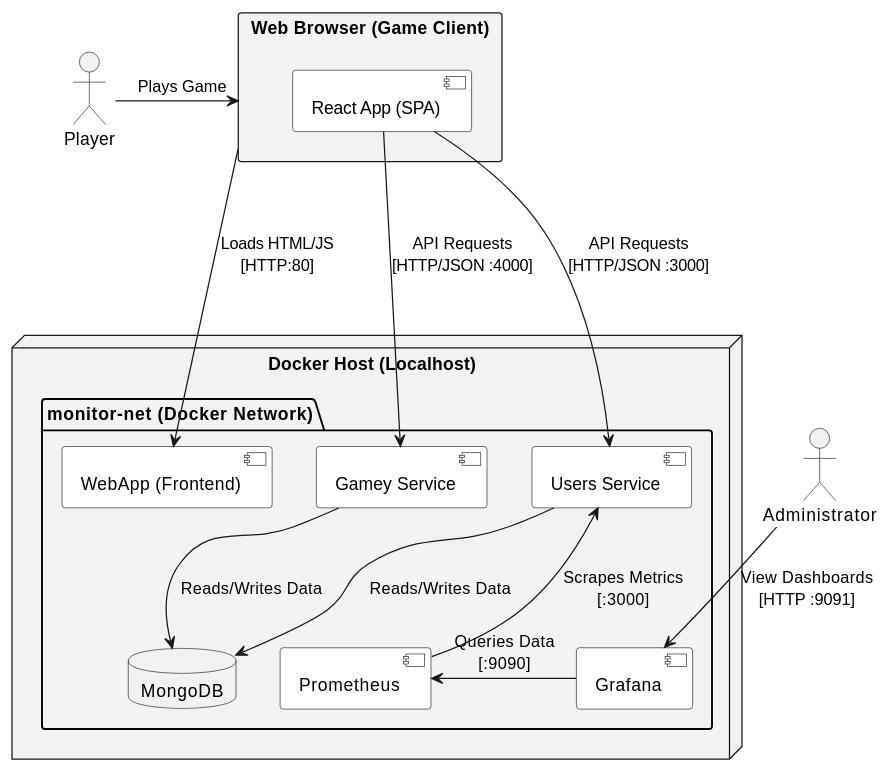
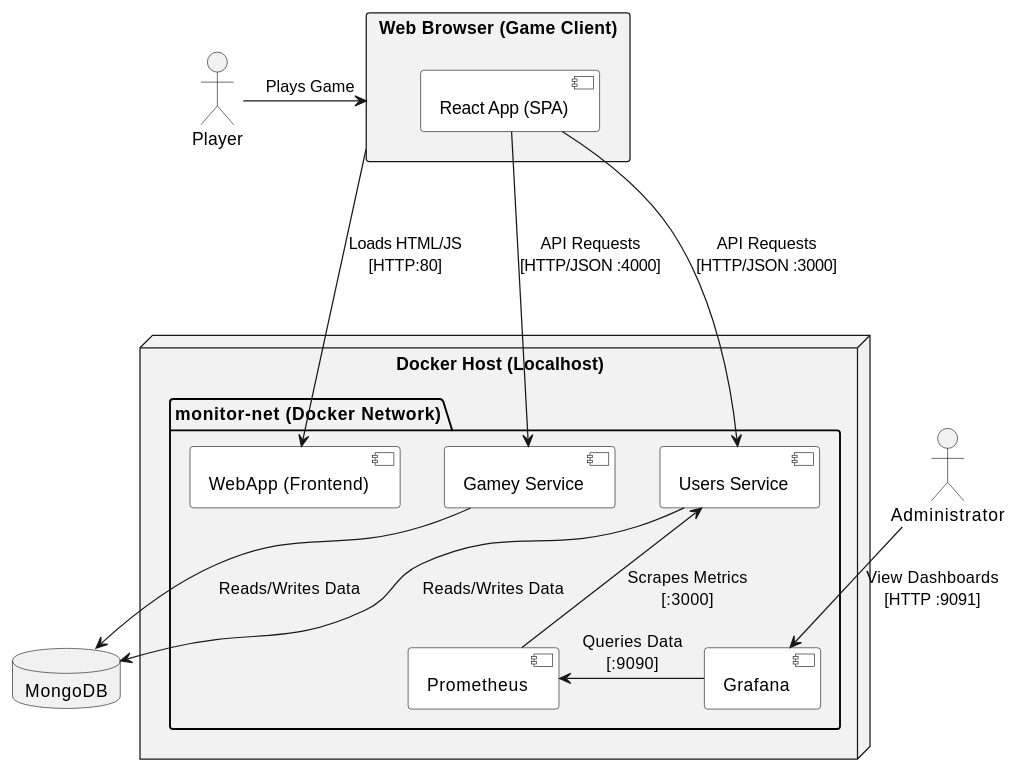
One commit to Arquisoft/yovi_es1a changed the second of 2 diagrams in docs/src/03_context_and_scope.adoc. Above: the diagram before and after it, drawn with PlantUML. The commit also changed 1 other file, not shown here.

Commit message:
Correction of errors in points 3 and 4 of the documentation

```diff
--- a/docs/src/03_context_and_scope.adoc
+++ b/docs/src/03_context_and_scope.adoc
@@ -96,45 +96,46 @@
 [plantuml]
 ----
 @startuml
 skinparam componentStyle uml2
 skinparam componentBackgroundColor white
 skinparam packageBackgroundColor #F2F2F2
 skinparam defaultTextAlignment center
 
 ' Ponemos a los actores en los extremos para abrir el diagrama
 actor "Player" as player
 actor "Administrator" as admin
 
 rectangle "Web Browser (Game Client)" as browser {
     component "React App (SPA)" as spa
 }
 
 node "Docker Host (Localhost)" {
     package "monitor-net (Docker Network)" {
         component "WebApp (Frontend)" as webapp
         component "Users Service" as users
         component "Gamey Service" as gamey
-        database "MongoDB" as mongo
 
         component "Grafana" as graf
         component "Prometheus" as prom
     }
 }
+
+database "MongoDB" as mongo
 
 player -> browser : Plays Game
 browser --> webapp : Loads HTML/JS\n[HTTP:80]
 
 spa ---> users : API Requests\n[HTTP/JSON :3000]
 spa ---> gamey : API Requests\n[HTTP/JSON :4000]
 
 users --> mongo : Reads/Writes Data
 gamey --> mongo : Reads/Writes Data
 
 admin --> graf : View Dashboards\n[HTTP :9091]
 
 
 graf -> prom : Queries Data\n[:9090]
 prom -up-> users : Scrapes Metrics\n[:3000]
 
 @enduml
 ----
```
